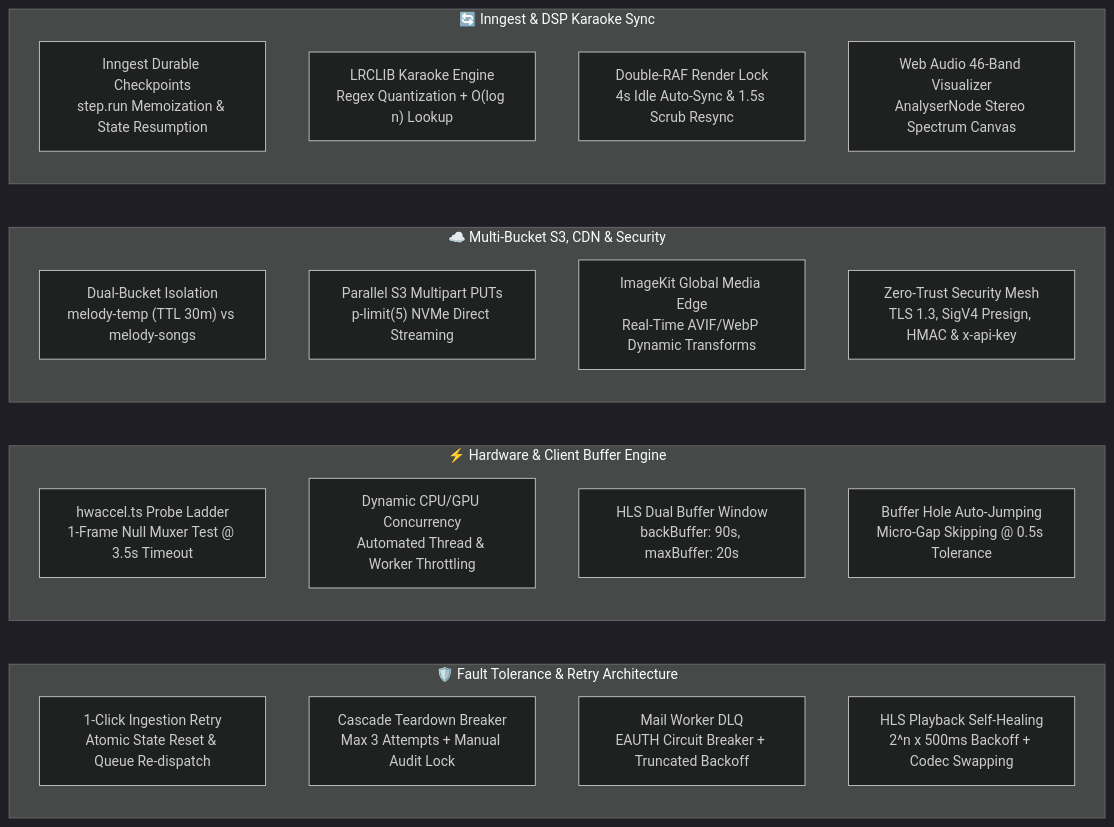
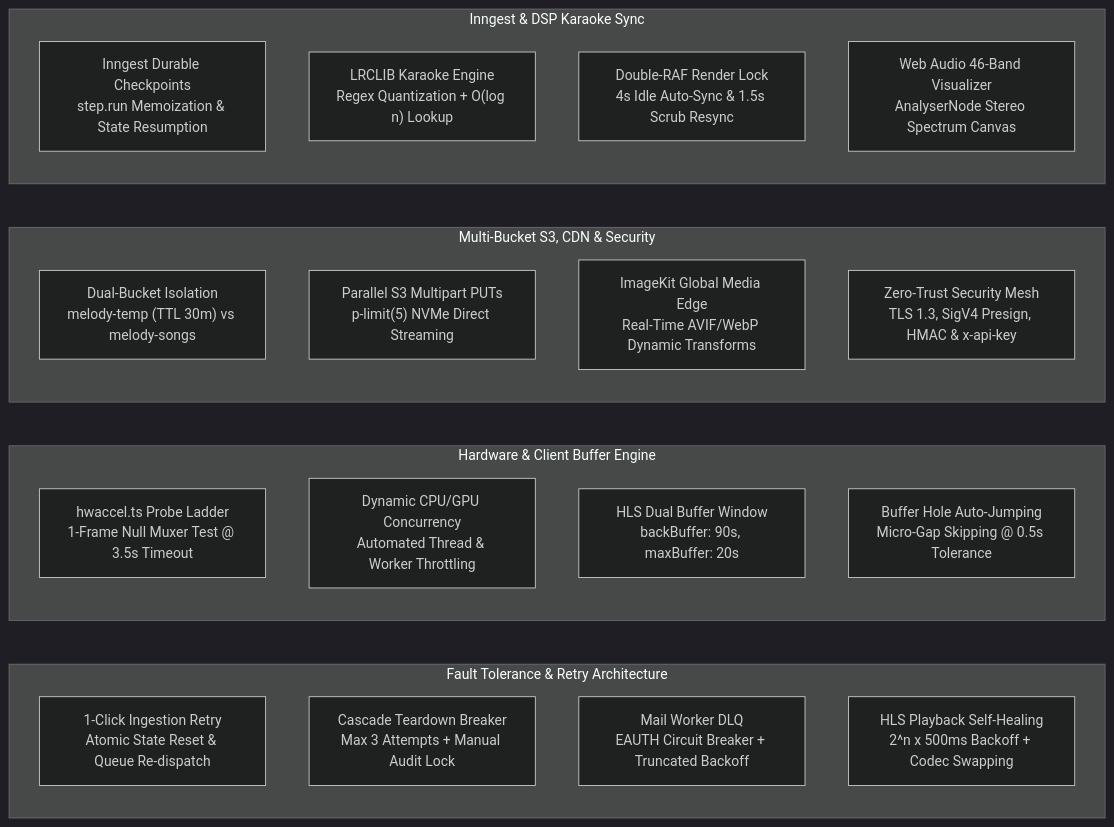
Before and after one commit to karankumar786786/AudioMelodySpringboot: the first of 15 diagrams in README.md, drawn with Mermaid (dark theme). The commit also changed other lines of this file, not shown here.

Commit message:
docs: resolve CYLINDEREND delimiter mismatch, upgrade to flowchart, and remove non-ASCII tokens in Mermaid diagrams

````diff
--- a/README.md
+++ b/README.md
@@ -27,30 +27,30 @@
 ```mermaid
-graph LR
-    subgraph S_RETRY ["🛡️ Fault Tolerance & Retry Architecture"]
+flowchart LR
+    subgraph S_RETRY ["Fault Tolerance & Retry Architecture"]
         R1["1-Click Ingestion Retry<br/>Atomic State Reset & Queue Re-dispatch"]
         R2["Cascade Teardown Breaker<br/>Max 3 Attempts + Manual Audit Lock"]
         R3["Mail Worker DLQ<br/>EAUTH Circuit Breaker + Truncated Backoff"]
         R4["HLS Playback Self-Healing<br/>2^n x 500ms Backoff + Codec Swapping"]
     end
 
-    subgraph S_HW ["⚡ Hardware & Client Buffer Engine"]
+    subgraph S_HW ["Hardware & Client Buffer Engine"]
         H1["hwaccel.ts Probe Ladder<br/>1-Frame Null Muxer Test @ 3.5s Timeout"]
         H2["Dynamic CPU/GPU Concurrency<br/>Automated Thread & Worker Throttling"]
         H3["HLS Dual Buffer Window<br/>backBuffer: 90s, maxBuffer: 20s"]
         H4["Buffer Hole Auto-Jumping<br/>Micro-Gap Skipping @ 0.5s Tolerance"]
     end
 
-    subgraph S_S3 ["☁️ Multi-Bucket S3, CDN & Security"]
+    subgraph S_S3 ["Multi-Bucket S3, CDN & Security"]
         S1["Dual-Bucket Isolation<br/>melody-temp (TTL 30m) vs melody-songs"]
         S2["Parallel S3 Multipart PUTs<br/>p-limit(5) NVMe Direct Streaming"]
         S3["ImageKit Global Media Edge<br/>Real-Time AVIF/WebP Dynamic Transforms"]
         S4["Zero-Trust Security Mesh<br/>TLS 1.3, SigV4 Presign, HMAC & x-api-key"]
     end
 
-    subgraph S_DSP ["🔄 Inngest & DSP Karaoke Sync"]
+    subgraph S_DSP ["Inngest & DSP Karaoke Sync"]
         W1["Inngest Durable Checkpoints<br/>step.run Memoization & State Resumption"]
         W2["LRCLIB Karaoke Engine<br/>Regex Quantization + O(log n) Lookup"]
         W3["Double-RAF Render Lock<br/>4s Idle Auto-Sync & 1.5s Scrub Resync"]
         W4["Web Audio 46-Band Visualizer<br/>AnalyserNode Stereo Spectrum Canvas"]
     end
 ```
````
